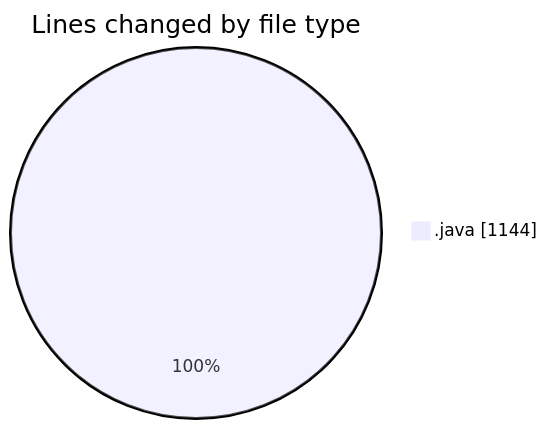
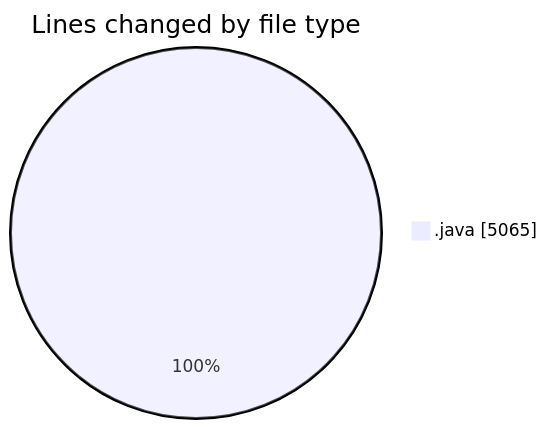
Before and after one commit to ricardozamudiocil/code-tracking: the first of 2 diagrams in 2026-05-05/cilapp/README.md, drawn with Mermaid. The commit also changed other lines of this file and 1 other file, not shown here.

````diff
--- a/2026-05-05/cilapp/README.md
+++ b/2026-05-05/cilapp/README.md
@@ -24,5 +25,5 @@
 ```mermaid
 pie showData
 title Lines changed by file type
-".java" : 1144
+".java" : 5065
 ```
````
